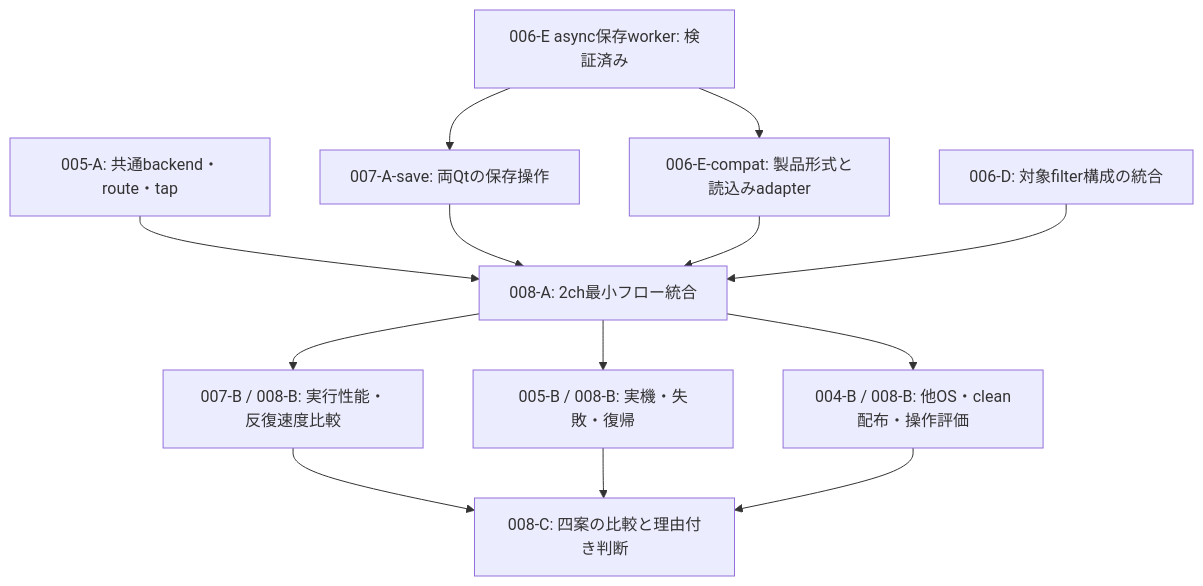
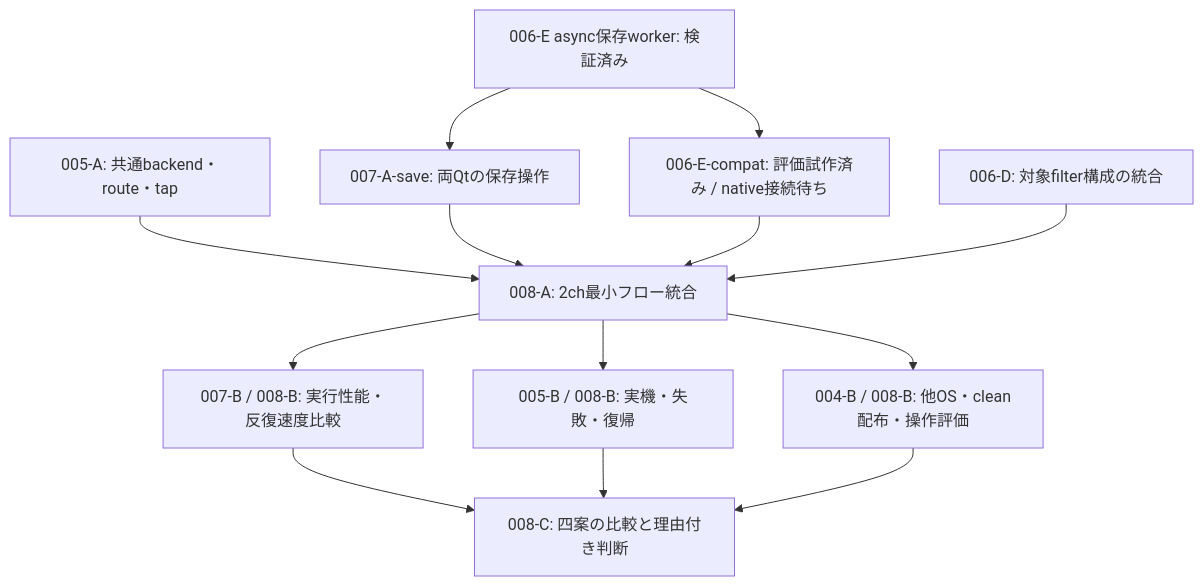
The diagram in migration/remaining-to-mig008.md (youtube-at-vach/MeasureLab), drawn with Mermaid before and after one commit. The commit also changed other lines of this file and 12 other files, not shown here.

````diff
--- a/migration/remaining-to-mig008.md
+++ b/migration/remaining-to-mig008.md
@@ -18,15 +19,15 @@
 ```mermaid
 flowchart TD
     S[006-E async保存worker: 検証済み] --> U[007-A-save: 両Qtの保存操作]
-    S --> C[006-E-compat: 製品形式と読込みadapter]
+    S --> C[006-E-compat: 評価試作済み / native接続待ち]
     A[005-A: 共通backend・route・tap] --> I[008-A: 2ch最小フロー統合]
     U --> I
     C --> I
     F[006-D: 対象filter構成の統合] --> I
     I --> B[007-B / 008-B: 実行性能・反復速度比較]
     I --> H[005-B / 008-B: 実機・失敗・復帰]
     I --> P[004-B / 008-B: 他OS・clean配布・操作評価]
     B --> D[008-C: 四案の比較と理由付き判断]
     H --> D
     P --> D
 ```
````
